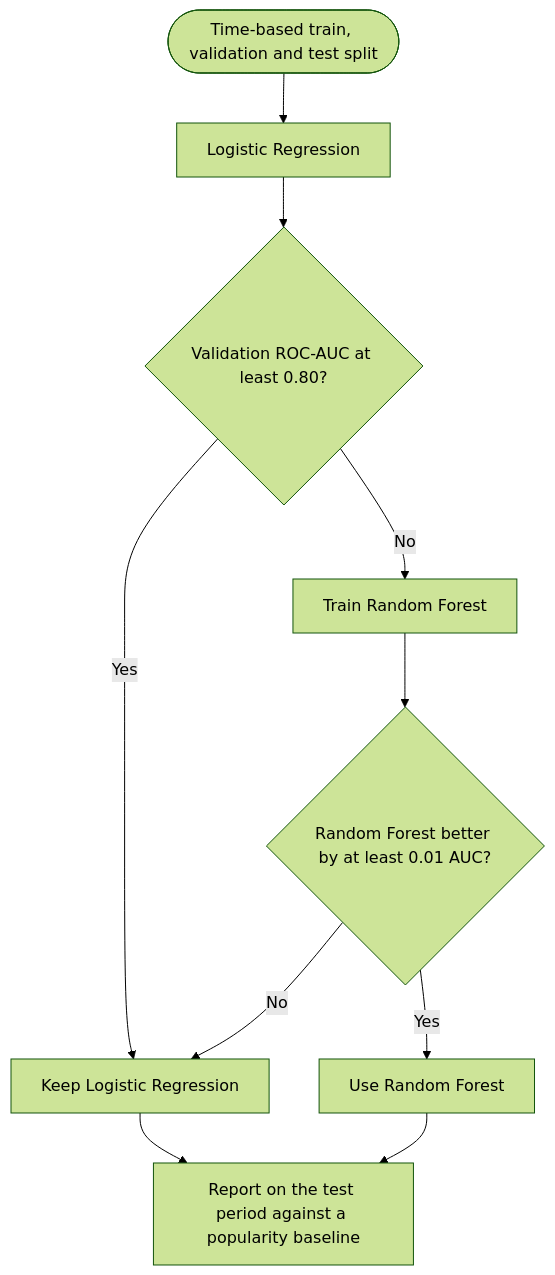
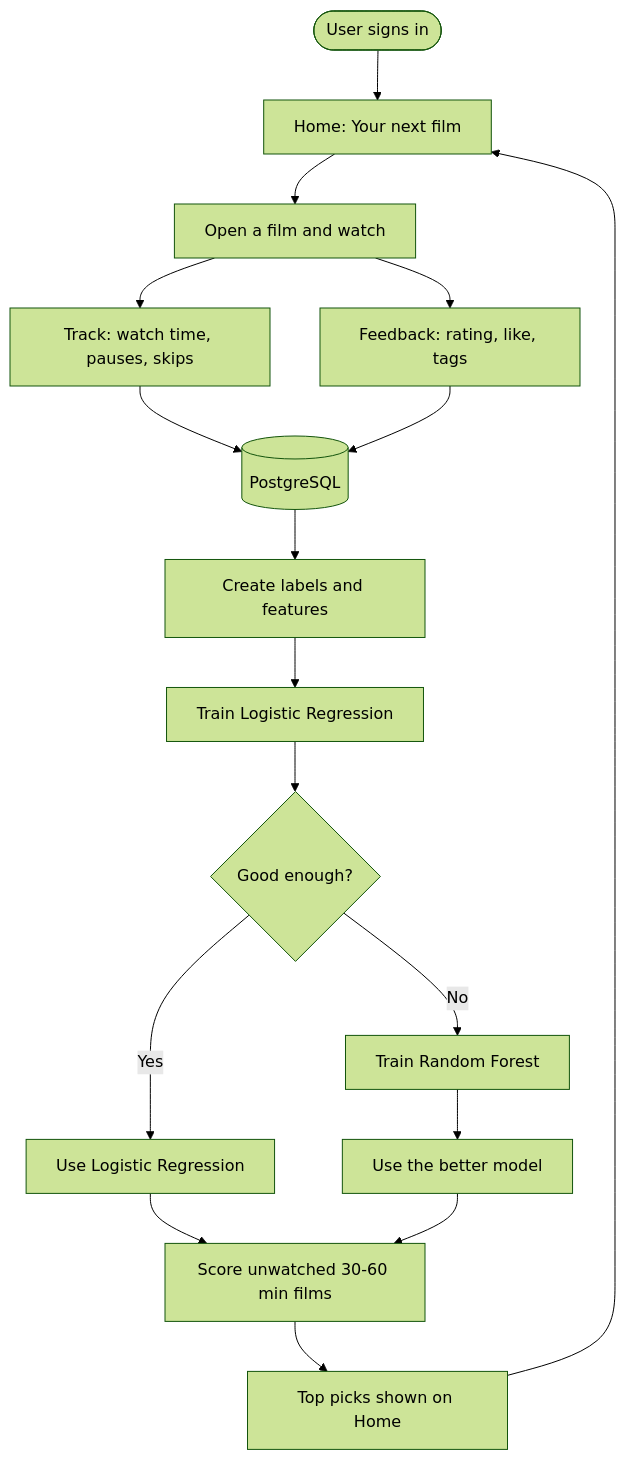
Before and after one commit to codervishal207max/nextwatch: the second of 2 diagrams in README.md, drawn with Mermaid (forest theme). The commit also changed other lines of this file, not shown here.

````diff
--- a/README.md
+++ b/README.md
@@ -122,12 +29,19 @@
 ```mermaid
 flowchart TD
-    S([Time-based train, validation and test split]) --> LR["Logistic Regression"]
-    LR --> V{"Validation ROC-AUC at least 0.80?"}
-    V -->|Yes| KEEP["Keep Logistic Regression"]
-    V -->|No| RF["Train Random Forest"]
-    RF --> C{"Random Forest better by at least 0.01 AUC?"}
-    C -->|Yes| USE["Use Random Forest"]
-    C -->|No| KEEP
-    KEEP --> T["Report on the test period against a popularity baseline"]
-    USE --> T
+    A([User signs in]) --> B["Home: Your next film"]
+    B --> C["Open a film and watch"]
+    C --> D["Track: watch time, pauses, skips"]
+    C --> E["Feedback: rating, like, tags"]
+    D --> F[("PostgreSQL")]
+    E --> F
+    F --> G["Create labels and features"]
+    G --> H["Train Logistic Regression"]
+    H --> I{"Good enough?"}
+    I -->|Yes| K["Use Logistic Regression"]
+    I -->|No| J["Train Random Forest"]
+    J --> K2["Use the better model"]
+    K --> L["Score unwatched 30-60 min films"]
+    K2 --> L
+    L --> M["Top picks shown on Home"]
+    M --> B
 ```
````
